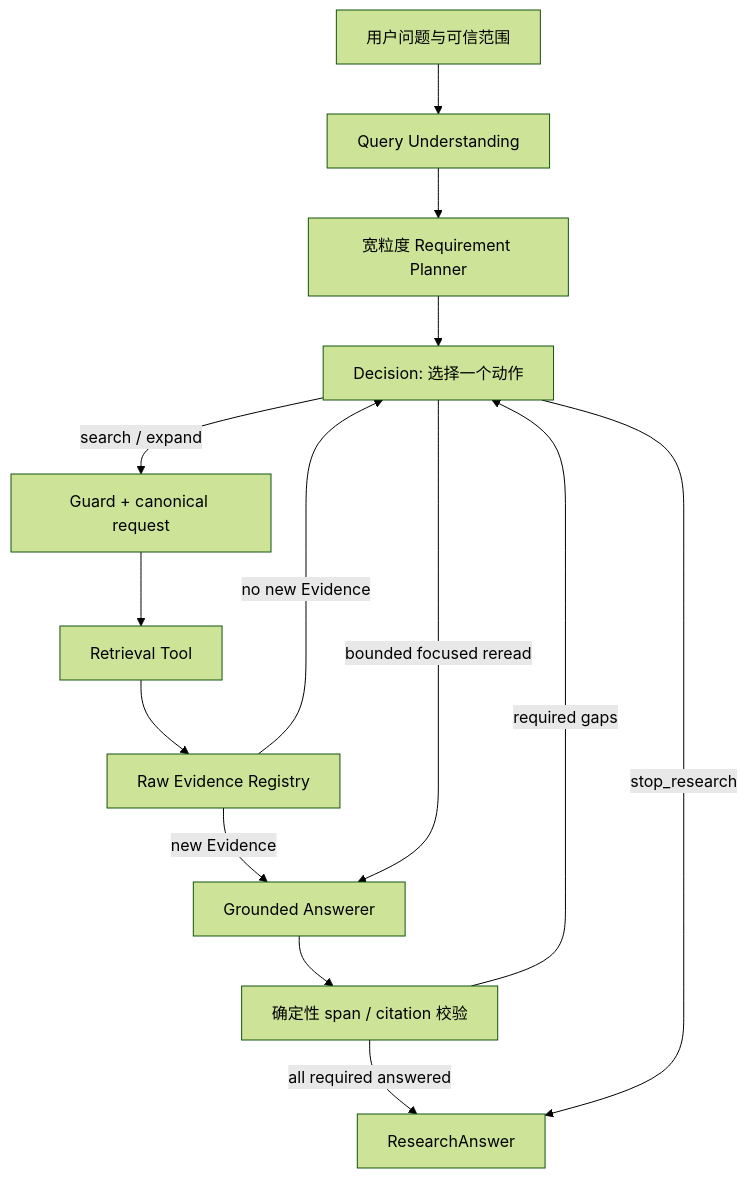
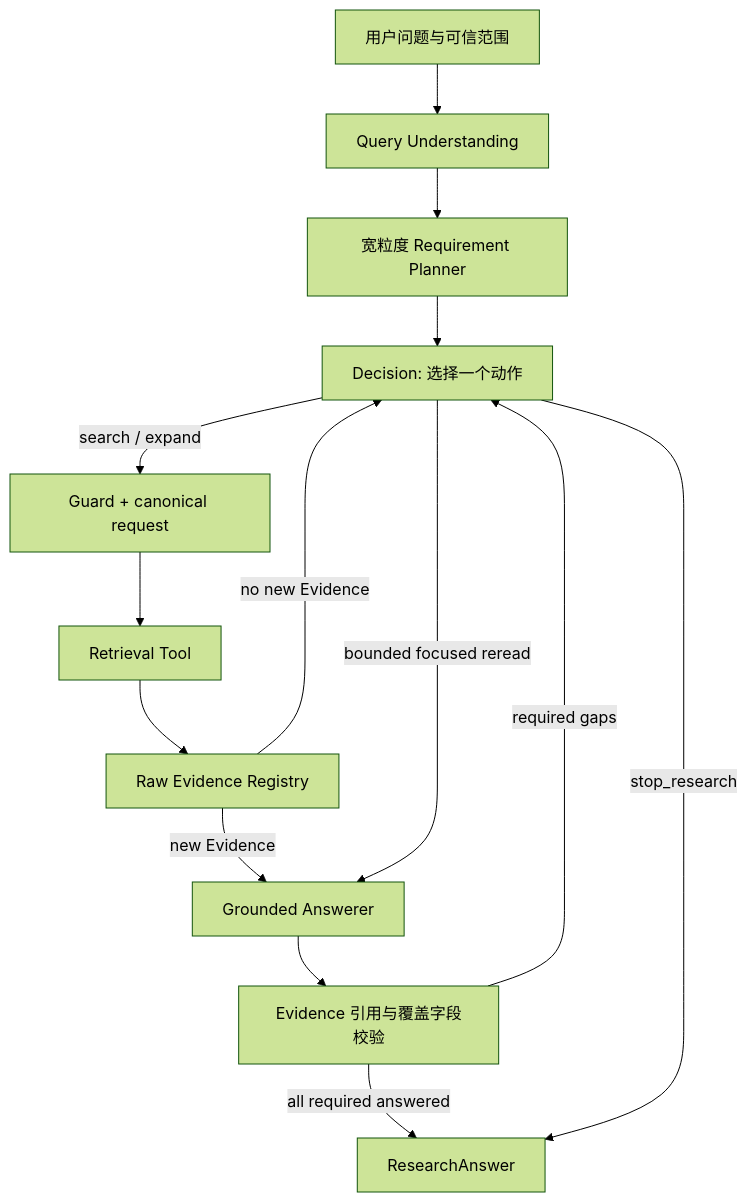
The diagram in docs/architecture/agentic-research.md (violet0711jiuy/PaperBase), drawn with Mermaid (forest theme) before and after one commit. The commit also changed other lines of this file and 36 other files, not shown here.

````diff
--- a/docs/architecture/agentic-research.md
+++ b/docs/architecture/agentic-research.md
@@ -9,16 +9,16 @@
 ```mermaid
 flowchart TD
     U[用户问题与可信范围] --> Q[Query Understanding]
     Q --> P[宽粒度 Requirement Planner]
     P --> D[Decision: 选择一个动作]
     D -->|search / expand| G[Guard + canonical request]
     G --> T[Retrieval Tool]
     T --> R[Raw Evidence Registry]
     R -->|new Evidence| A[Grounded Answerer]
     R -->|no new Evidence| D
     D -->|bounded focused reread| A
-    A --> V[确定性 span / citation 校验]
+    A --> V[Evidence 引用与覆盖字段校验]
     V -->|required gaps| D
     V -->|all required answered| F[ResearchAnswer]
     D -->|stop_research| F
 ```
````
